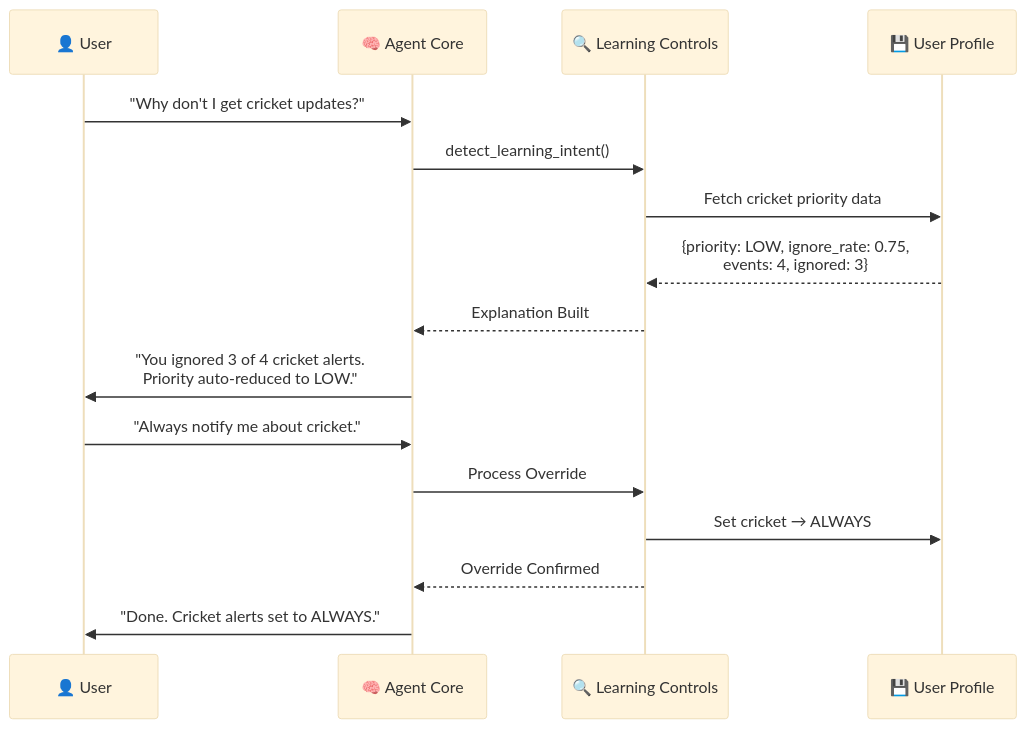
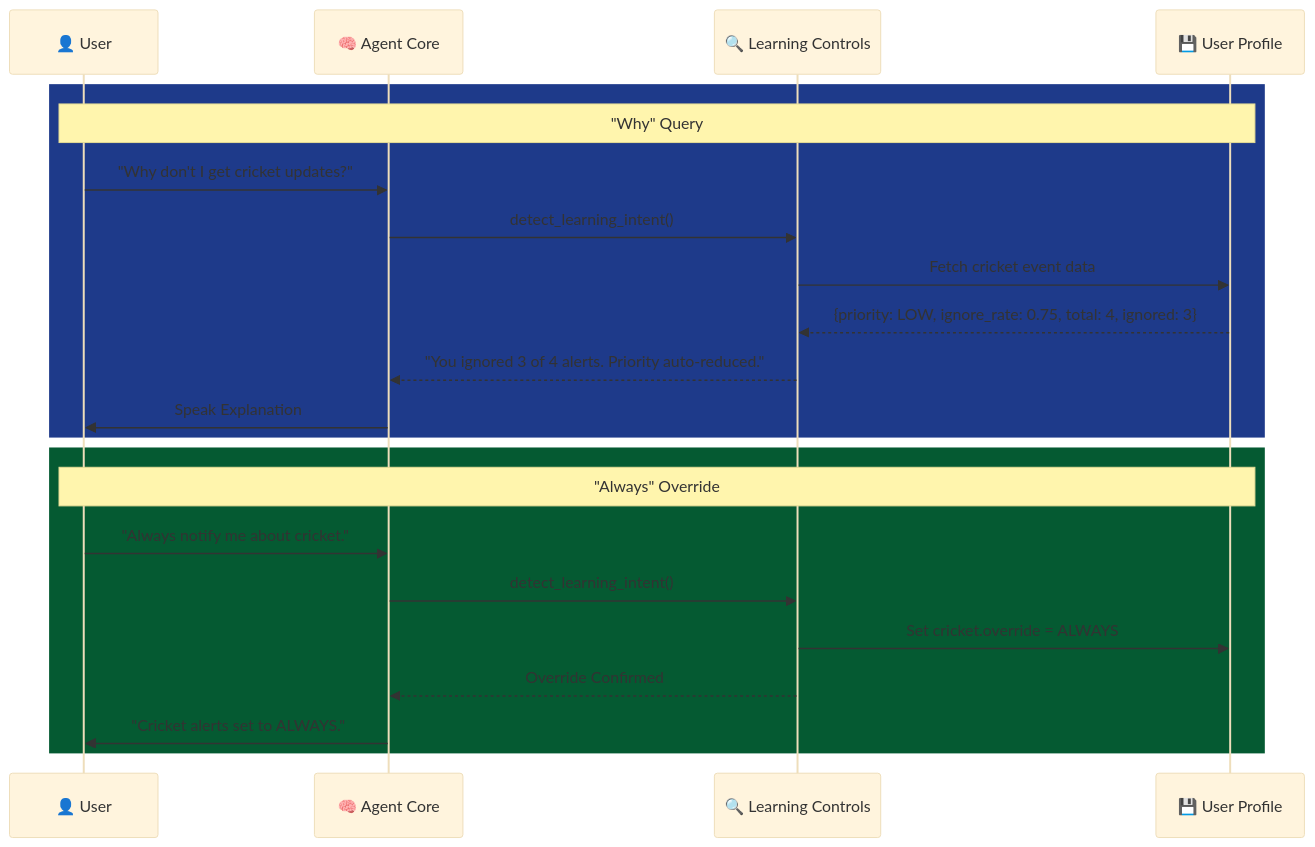
The eighth of 10 diagrams in README.md (Rexy-5097/Raptor-AI), drawn with Mermaid (base theme) before and after one commit. The commit also changed other lines of this file and 1 other file, not shown here.

First line of the commit message:
Add comprehensive Mermaid diagrams and visual documentation

````diff
--- a/README.md
+++ b/README.md
@@ -264,20 +352,26 @@
 ```mermaid
 sequenceDiagram
     participant User as 👤 User
     participant Agent as 🧠 Agent Core
     participant LC as 🔍 Learning Controls
     participant UP as 💾 User Profile
 
-    User->>Agent: "Why don't I get cricket updates?"
-    Agent->>LC: detect_learning_intent()
-    LC->>UP: Fetch cricket priority data
-    UP-->>LC: {priority: LOW, ignore_rate: 0.75,<br/>events: 4, ignored: 3}
-    LC-->>Agent: Explanation Built
-    Agent->>User: "You ignored 3 of 4 cricket alerts.<br/>Priority auto-reduced to LOW."
-    
-    User->>Agent: "Always notify me about cricket."
-    Agent->>LC: Process Override
-    LC->>UP: Set cricket → ALWAYS
-    LC-->>Agent: Override Confirmed
-    Agent->>User: "Done. Cricket alerts set to ALWAYS."
+    rect rgb(30, 58, 138)
+        Note over User,UP: "Why" Query
+        User->>Agent: "Why don't I get cricket updates?"
+        Agent->>LC: detect_learning_intent()
+        LC->>UP: Fetch cricket event data
+        UP-->>LC: {priority: LOW, ignore_rate: 0.75, total: 4, ignored: 3}
+        LC-->>Agent: "You ignored 3 of 4 alerts. Priority auto-reduced."
+        Agent->>User: Speak Explanation
+    end
+
+    rect rgb(5, 90, 50)
+        Note over User,UP: "Always" Override
+        User->>Agent: "Always notify me about cricket."
+        Agent->>LC: detect_learning_intent()
+        LC->>UP: Set cricket.override = ALWAYS
+        LC-->>Agent: Override Confirmed
+        Agent->>User: "Cricket alerts set to ALWAYS."
+    end
 ```
````
